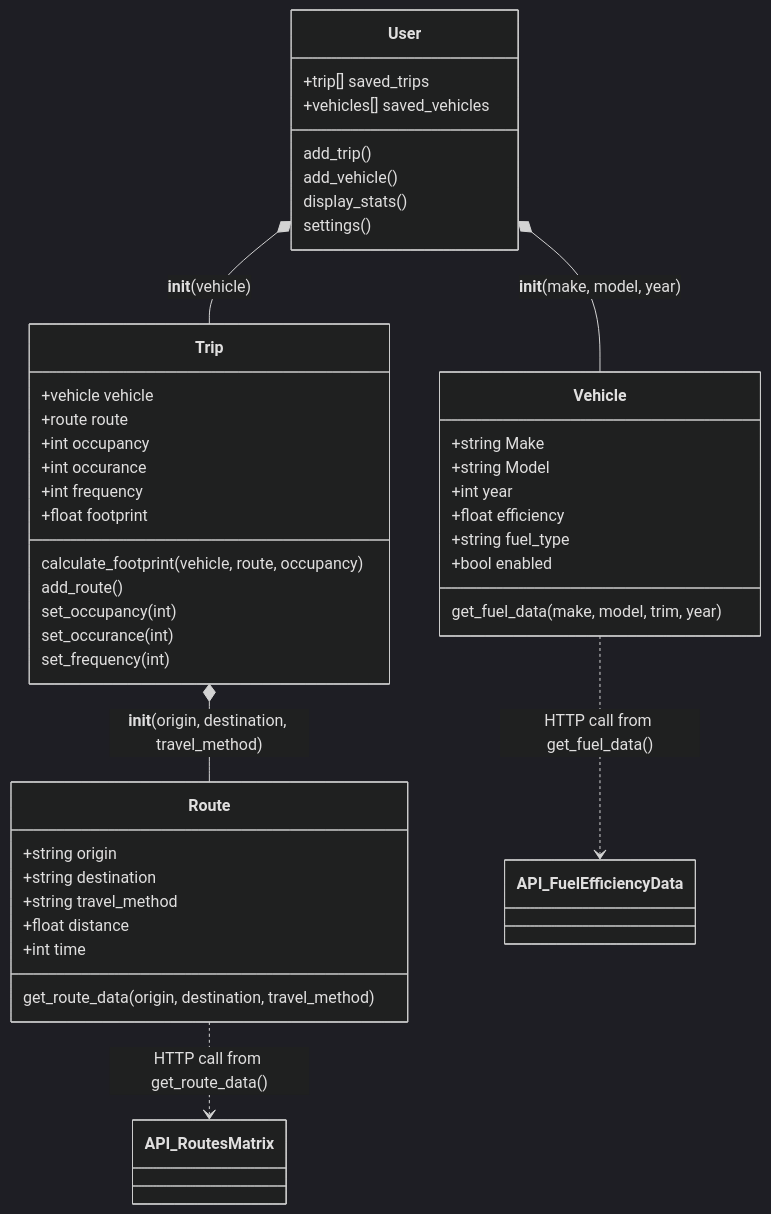
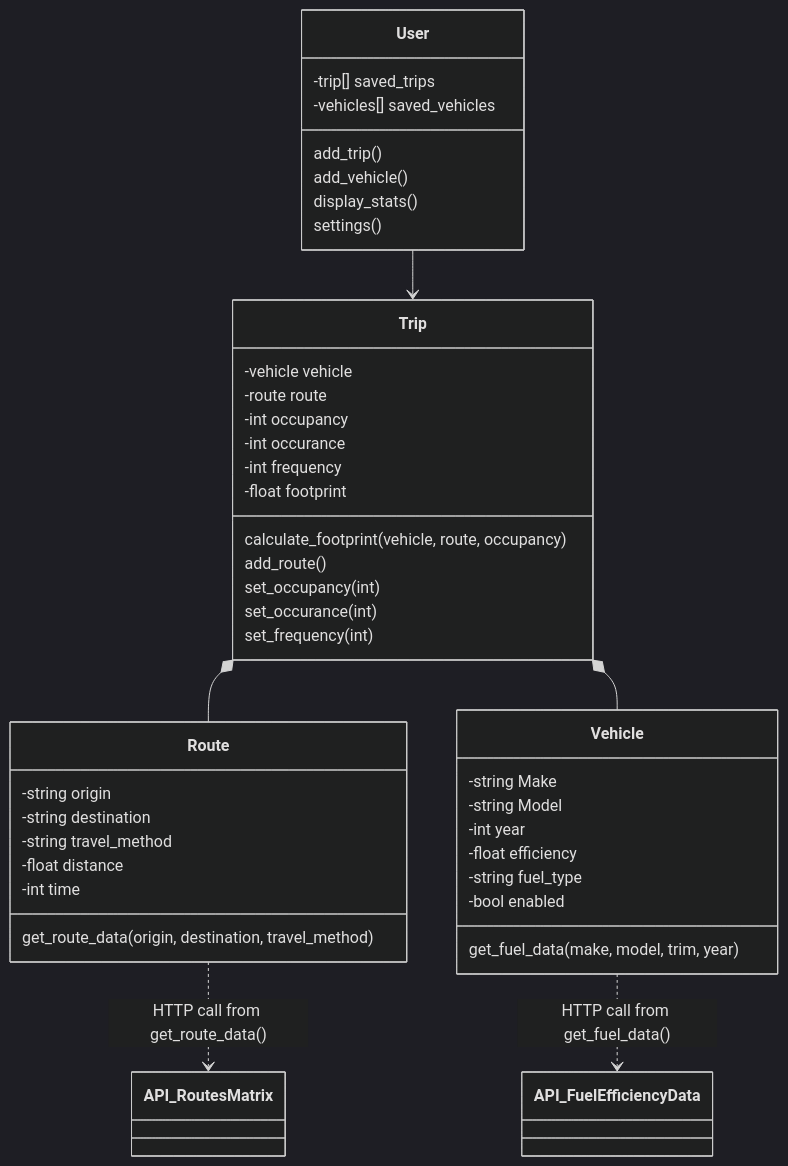
One commit to Issite/carbon-commute-calculator changed the diagram in design/class_diagram.md. Above: the diagram before and after it, drawn with Mermaid (dark theme).

Commit message:
Class structure

````diff
--- a/design/class_diagram.md
+++ b/design/class_diagram.md
@@ -1,54 +1,54 @@
 ```mermaid
 classDiagram
 
     class Trip
-        Trip: +vehicle vehicle
-        Trip: +route route
-        Trip: +int occupancy
-        Trip: +int occurance
-        Trip: +int frequency
-        Trip: +float footprint
+        Trip: -vehicle vehicle
+        Trip: -route route
+        Trip: -int occupancy
+        Trip: -int occurance
+        Trip: -int frequency
+        Trip: -float footprint
         Trip :calculate_footprint(vehicle, route, occupancy)
         Trip :add_route()
         Trip :set_occupancy(int)
         Trip :set_occurance(int)
         Trip :set_frequency(int)
 
     class Vehicle
-        Vehicle: +string Make
-        Vehicle: +string Model
-        Vehicle: +int year
-        Vehicle: +float efficiency
-        Vehicle: +string fuel_type
-        Vehicle: +bool enabled
+        Vehicle: -string Make
+        Vehicle: -string Model
+        Vehicle: -int year
+        Vehicle: -float efficiency
+        Vehicle: -string fuel_type
+        Vehicle: -bool enabled
         Vehicle :get_fuel_data(make, model, trim, year)
 
     class Route
-        Route: +string origin
-        Route: +string destination
-        Route: +string travel_method
-        Route: +float distance
-        Route: +int time
+        Route: -string origin
+        Route: -string destination
+        Route: -string travel_method
+        Route: -float distance
+        Route: -int time
         Route :get_route_data(origin, destination, travel_method)
 
     class User
-        User: +trip[] saved_trips
-        User: +vehicles[] saved_vehicles
+        User: -trip[] saved_trips
+        User: -vehicles[] saved_vehicles
         User :add_trip()
         User :add_vehicle()
         User :display_stats()
         User :settings()
 
     
     class API_RoutesMatrix
     class API_FuelEfficiencyData
     
 
-    Trip *-- Route : __init__(origin, destination, travel_method)
-    User *-- Trip : __init__(vehicle)
-    User *-- Vehicle : __init__(make, model, year)
+    Trip *-- Route : 
+    User --> Trip : 
+    Trip *-- Vehicle : 
     Route ..> API_RoutesMatrix : HTTP call from get_route_data()
     Vehicle ..> API_FuelEfficiencyData : HTTP call from get_fuel_data()
 
 
 ```
````
